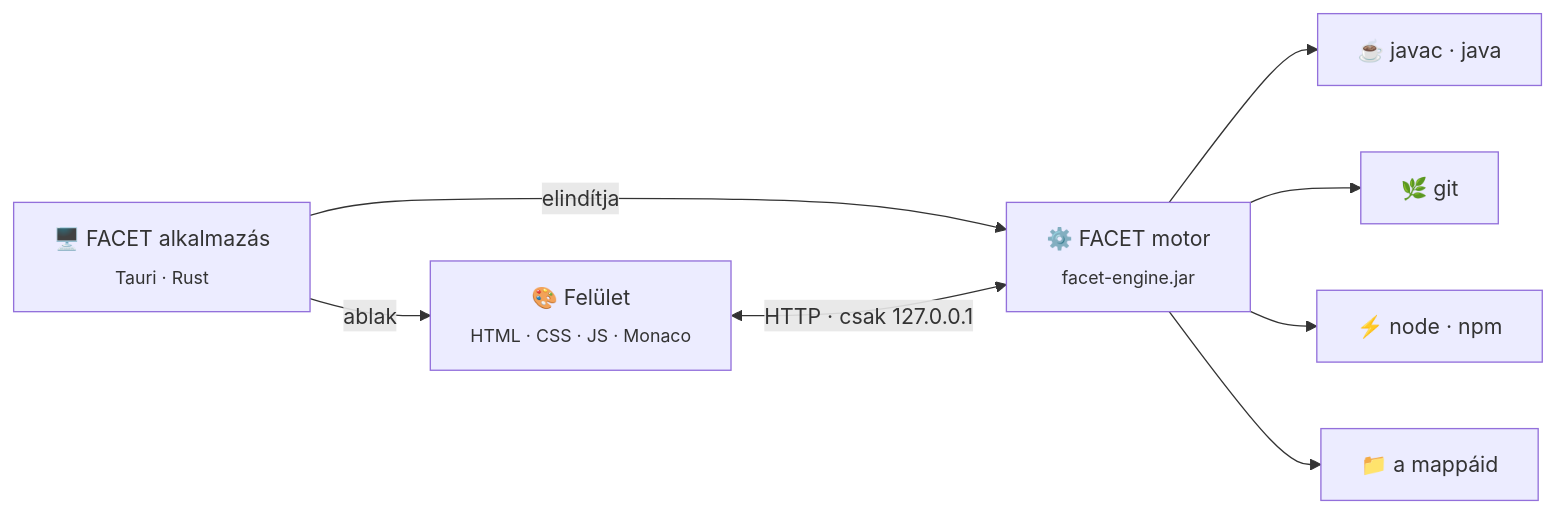
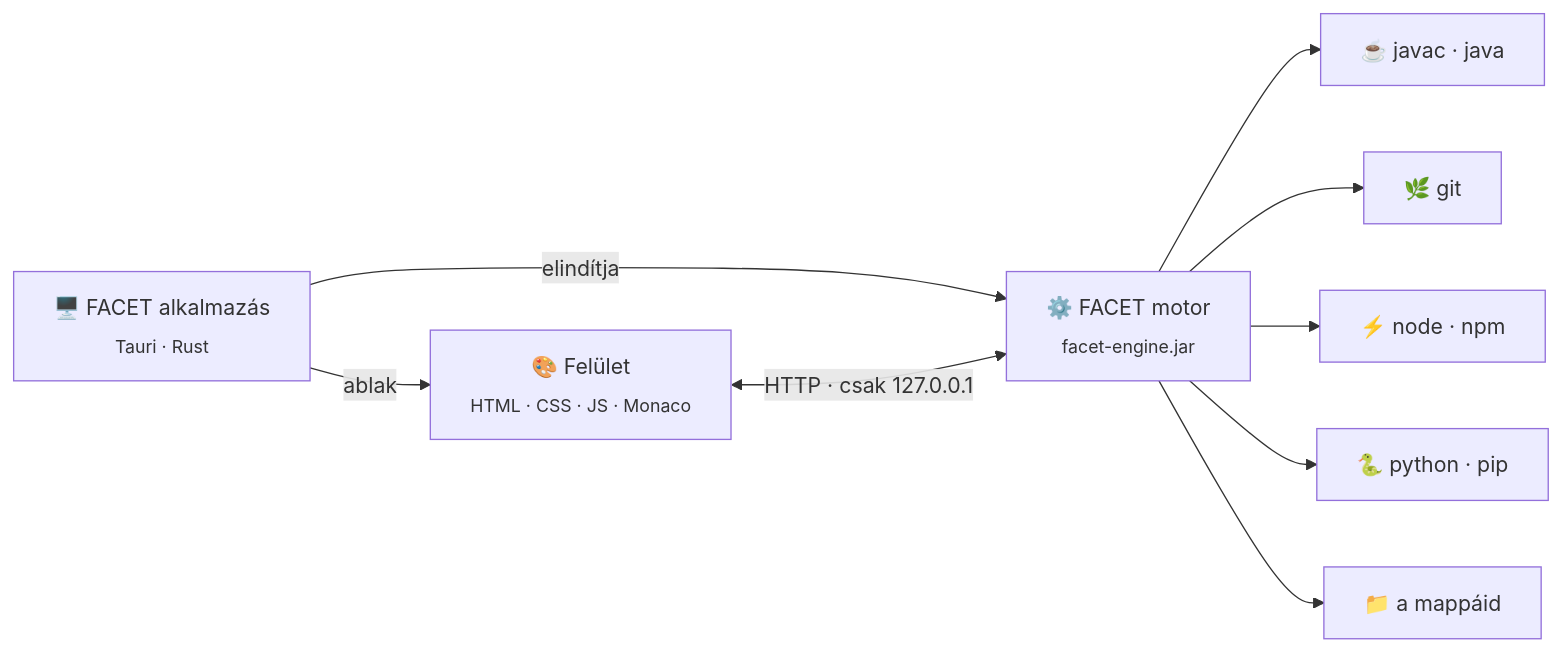
The diagram in README.md (BBencht/FacetCode), drawn with Mermaid before and after one commit. The commit also changed other lines of this file and 19 other files, not shown here.

````diff
--- a/README.md
+++ b/README.md
@@ -276,10 +329,11 @@
 ```mermaid
 flowchart LR
     A["🖥️ FACET alkalmazás<br/><sub>Tauri · Rust</sub>"] -- elindítja --> B["⚙️ FACET motor<br/><sub>facet-engine.jar</sub>"]
     A -- ablak --> C["🎨 Felület<br/><sub>HTML · CSS · JS · Monaco</sub>"]
     C <-- "HTTP · csak 127.0.0.1" --> B
     B --> D["☕ javac · java"]
     B --> E["🌿 git"]
     B --> F["⚡ node · npm"]
+    B --> H["🐍 python · pip"]
     B --> G["📁 a mappáid"]
 ```
````
